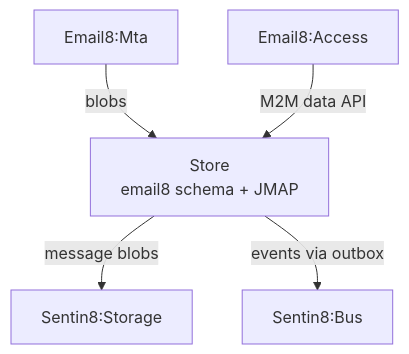
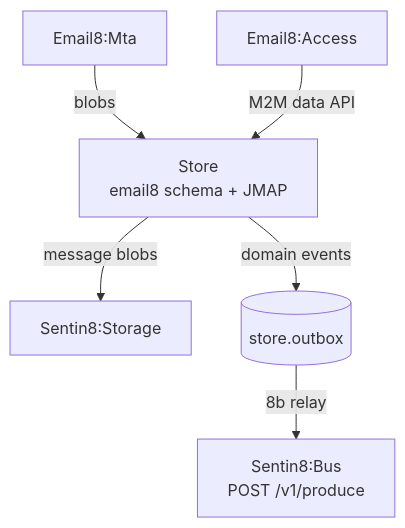
One commit to Email8-dev/email8-store changed the diagram in README.md. Above: the diagram before and after it, drawn with Mermaid. The commit also changed other lines of this file and 4 other files, not shown here.

Commit message:
OUTBOX-EMAIL8: emit through the local leaf-schema outbox (DBX producer path)

````diff
--- a/README.md
+++ b/README.md
@@ -12,7 +12,8 @@
 ```mermaid
 graph TD
     MTA[Email8:Mta] -- blobs --> STORE[Store<br/>email8 schema + JMAP]
     ACCESS[Email8:Access] -- M2M data API --> STORE
     STORE -- message blobs --> OSS[Sentin8:Storage]
-    STORE -- events via outbox --> BUS[Sentin8:Bus]
+    STORE -- domain events --> OB[(store.outbox)] -- 8b relay --> BUS[Sentin8:Bus
+    POST /v1/produce]
 ```
````
